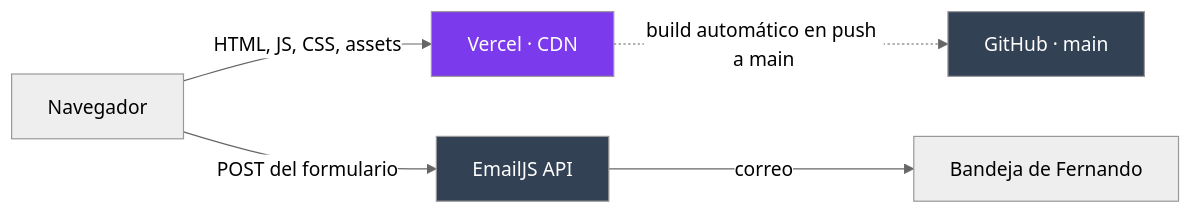
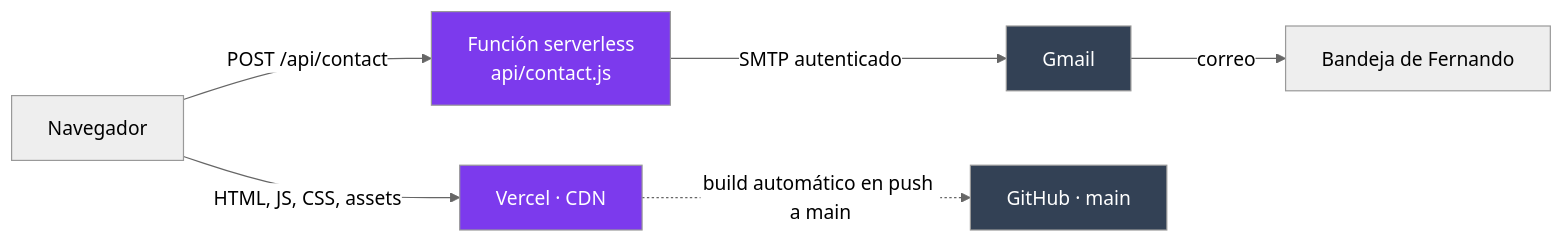
The first of 7 diagrams in docs/ARCHITECTURE.md (FernandoRoyano/portfolio), drawn with Mermaid (neutral theme) before and after one commit. The commit also changed other lines of this file and 8 other files, not shown here.

First line of the commit message:
feat(contact): sustituir EmailJS por una función serverless con Gmail

````diff
--- a/docs/ARCHITECTURE.md
+++ b/docs/ARCHITECTURE.md
@@ -14,11 +13,13 @@
 ```mermaid
 graph LR
   U[Navegador] -->|HTML, JS, CSS, assets| V[Vercel · CDN]
-  U -->|POST del formulario| E[EmailJS API]
-  E -->|correo| M[Bandeja de Fernando]
-  V -.->|build automático en push a main| G[GitHub · main]
+  U -->|POST /api/contact| F[Función serverless<br/>api/contact.js]
+  F -->|SMTP autenticado| G2[Gmail]
+  G2 -->|correo| M[Bandeja de Fernando]
+  V -.->|build automático en push a main| GH[GitHub · main]
 
   style V fill:#7c3aed,color:#fff
-  style E fill:#334155,color:#fff
-  style G fill:#334155,color:#fff
+  style F fill:#7c3aed,color:#fff
+  style G2 fill:#334155,color:#fff
+  style GH fill:#334155,color:#fff
 ```
````
